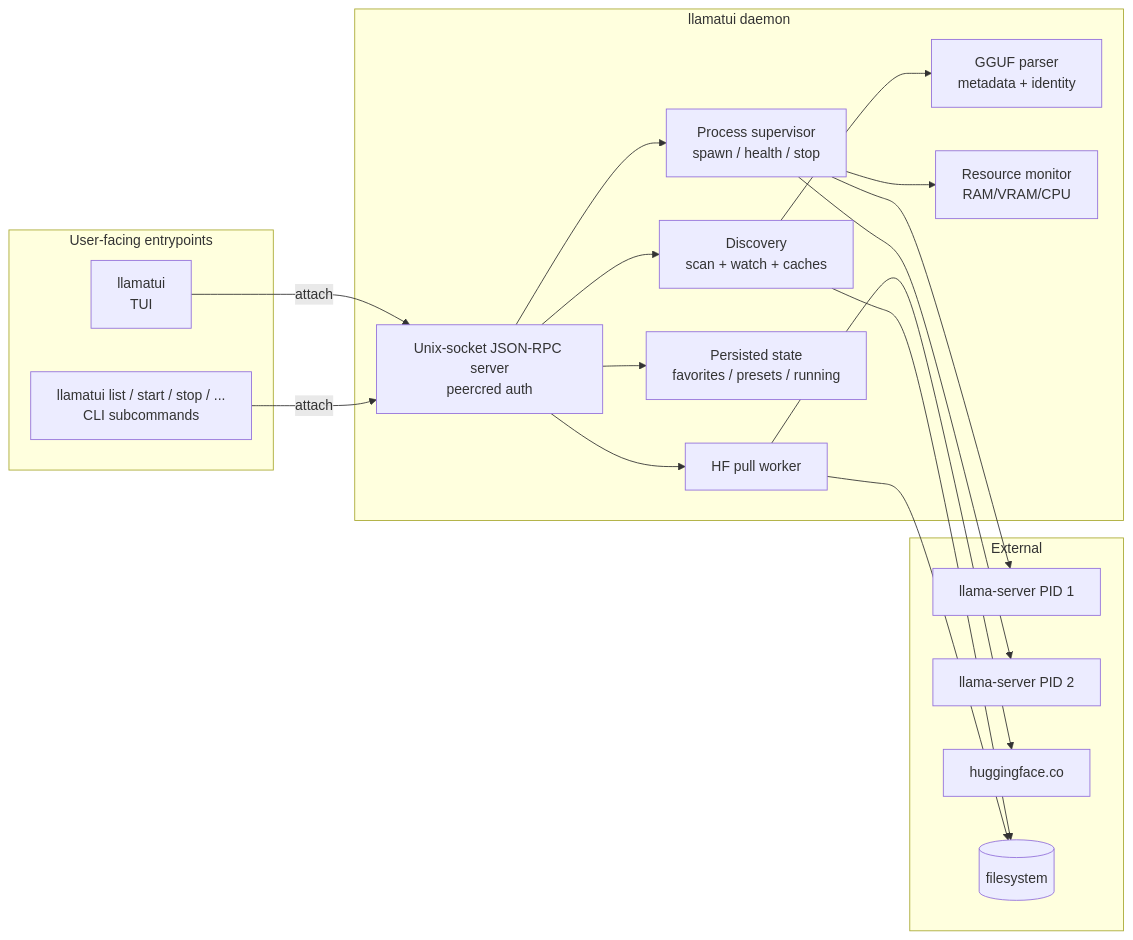
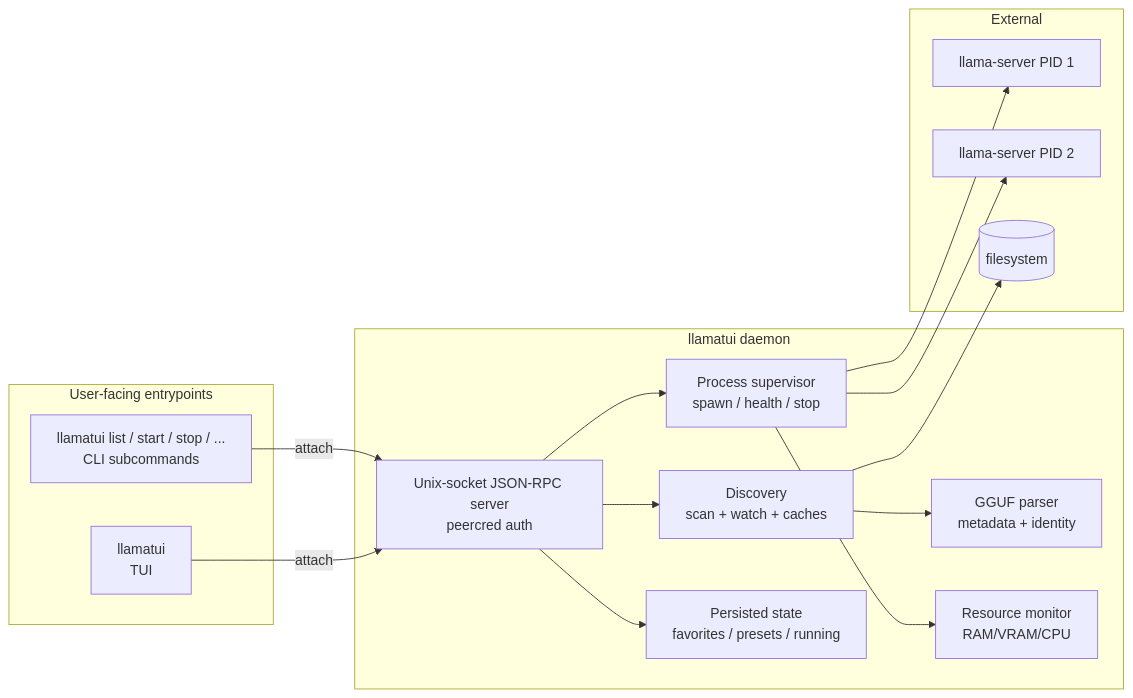
Before and after one commit to sirivong/llamastash: the first of 2 diagrams in docs/plans/2026-05-13-001-feat-llamatui-v1-launcher-plan.md, drawn with Mermaid. The commit also changed other lines of this file and 2 other files, not shown here.

````diff
--- a/docs/plans/2026-05-13-001-feat-llamatui-v1-launcher-plan.md
+++ b/docs/plans/2026-05-13-001-feat-llamatui-v1-launcher-plan.md
@@ -125,38 +129,33 @@
 ```mermaid
 flowchart LR
     subgraph user[User-facing entrypoints]
         TUI[llamatui<br/>TUI]
         CLI[llamatui list / start / stop / ...<br/>CLI subcommands]
     end
 
     subgraph daemon[llamatui daemon]
         IPC[Unix-socket JSON-RPC server<br/>peercred auth]
         SCAN[Discovery<br/>scan + watch + caches]
         GGUF[GGUF parser<br/>metadata + identity]
         SUP[Process supervisor<br/>spawn / health / stop]
         RES[Resource monitor<br/>RAM/VRAM/CPU]
         STATE[Persisted state<br/>favorites / presets / running]
-        HF[HF pull worker]
     end
 
     subgraph external[External]
         LS1[llama-server PID 1]
         LS2[llama-server PID 2]
-        HF_HUB[huggingface.co]
         FS[(filesystem)]
     end
 
     TUI -- attach --> IPC
     CLI -- attach --> IPC
     IPC --> SCAN
     IPC --> SUP
     IPC --> STATE
-    IPC --> HF
     SCAN --> GGUF
     SCAN --> FS
     SUP --> LS1
     SUP --> LS2
     SUP --> RES
-    HF --> HF_HUB
-    HF --> FS
 ```
````
